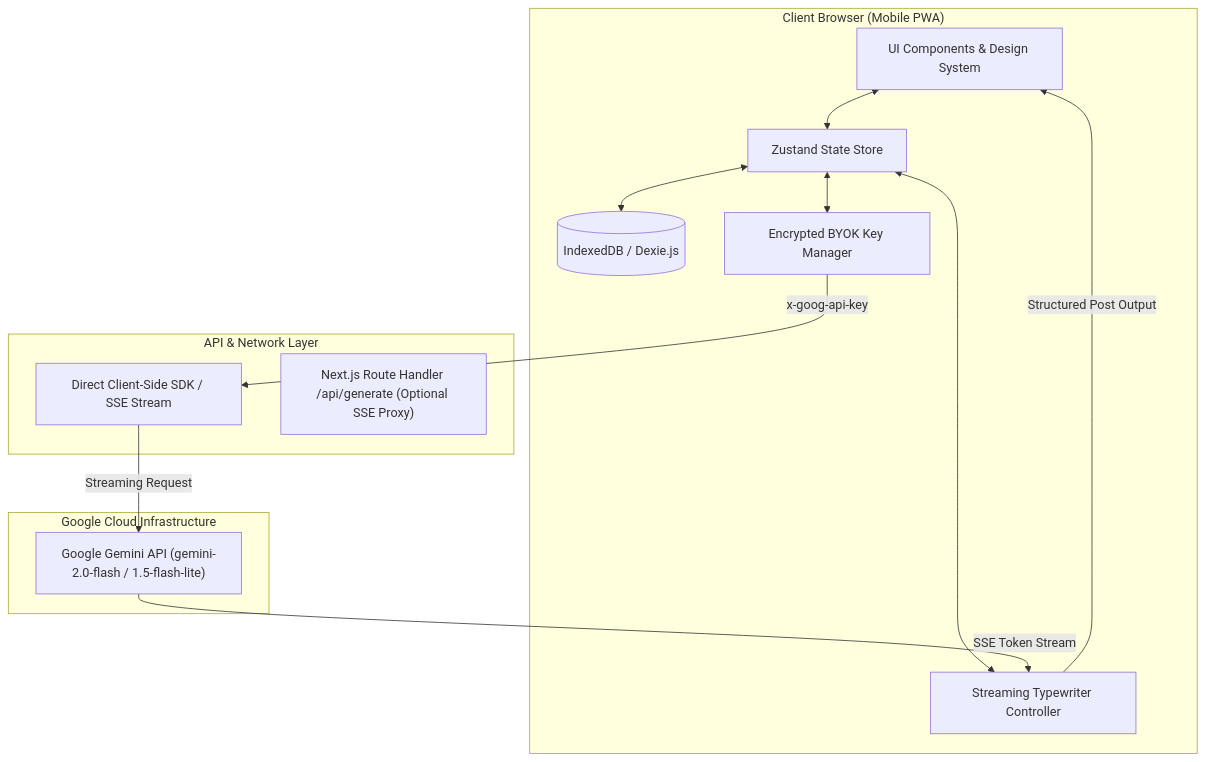
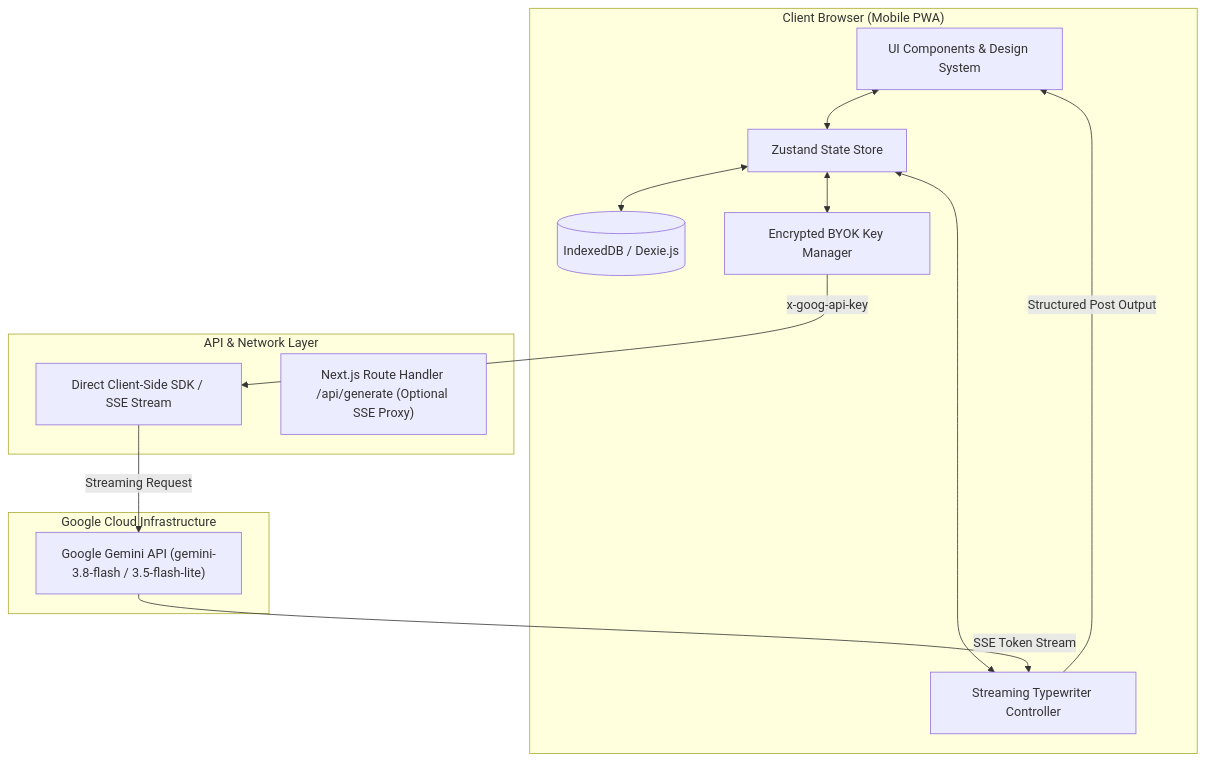
Before and after one commit to olimyunusxojaev-oss/smm-content-studio: the first of 2 diagrams in SPEC.md, drawn with Mermaid. The commit also changed 8 other files, not shown here.

Commit message:
fix(gemini): upgrade deprecated gemini-2.0-flash to gemini-3.8-flash with auto-migration

````diff
--- a/SPEC.md
+++ b/SPEC.md
@@ -15,29 +15,29 @@
 ```mermaid
 flowchart TD
     subgraph Client ["Client Browser (Mobile PWA)"]
         UI[UI Components & Design System]
         Store[Zustand State Store]
         DB[(IndexedDB / Dexie.js)]
         Typewriter[Streaming Typewriter Controller]
         BYOK[Encrypted BYOK Key Manager]
         
         UI <--> Store
         Store <--> DB
         Store <--> Typewriter
         Store <--> BYOK
     end
 
     subgraph API_Layer ["API & Network Layer"]
         DirectClient["Direct Client-Side SDK / SSE Stream"]
         FallbackProxy["Next.js Route Handler /api/generate (Optional SSE Proxy)"]
     end
 
     subgraph Google_AI ["Google Cloud Infrastructure"]
-        GeminiAPI["Google Gemini API (gemini-2.0-flash / 1.5-flash-lite)"]
+        GeminiAPI["Google Gemini API (gemini-3.8-flash / 3.5-flash-lite)"]
     end
 
     BYOK -->|x-goog-api-key| DirectClient
     DirectClient -->|Streaming Request| GeminiAPI
     GeminiAPI -->|SSE Token Stream| Typewriter
     Typewriter -->|Structured Post Output| UI
 ```
````
